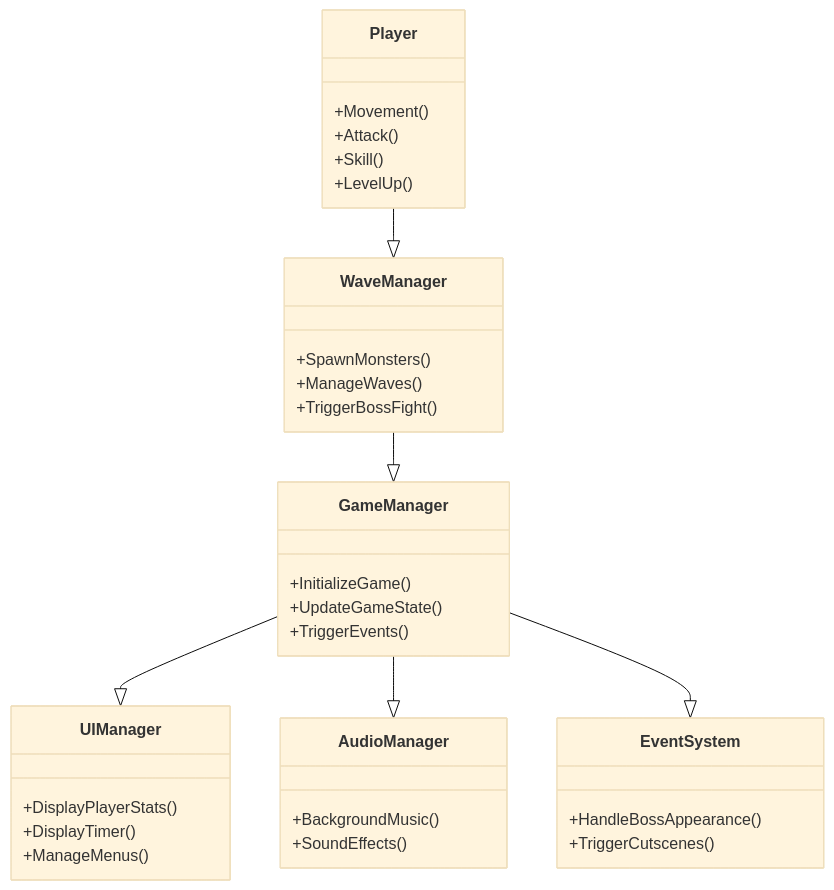
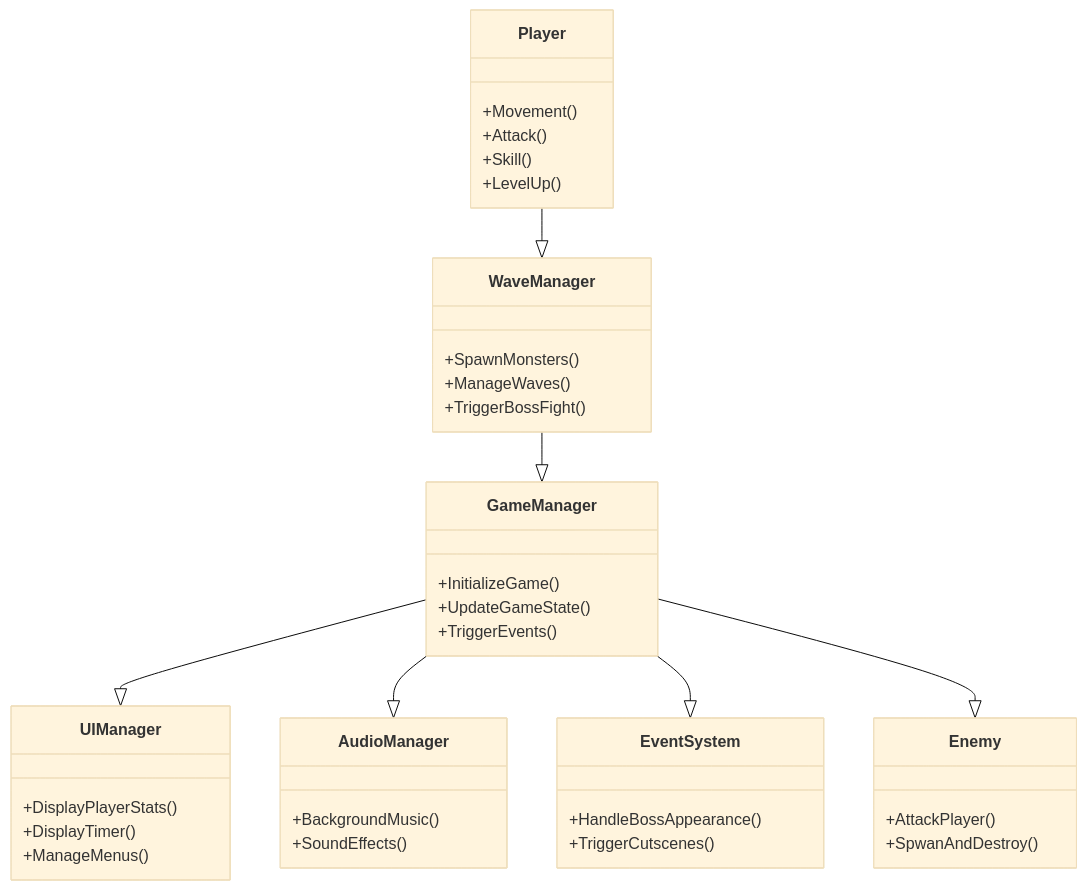
Before and after one commit to Ogamdo/IamTellingMom: the diagram in docs/ClassDiagram.md, drawn with Mermaid (base theme). The commit also changed other lines of this file, not shown here.

First line of the commit message:
enemy 클래스 추가ClassDiagram.md

````diff
--- a/docs/ClassDiagram.md
+++ b/docs/ClassDiagram.md
@@ -1,38 +1,43 @@
 ```mermaid
 classDiagram
     class Player {
         +Movement()
         +Attack()
         +Skill()
         +LevelUp()
     }
     class WaveManager {
         +SpawnMonsters()
         +ManageWaves()
         +TriggerBossFight()
     }
     class GameManager {
         +InitializeGame()
         +UpdateGameState()
         +TriggerEvents()
     }
     class UIManager {
         +DisplayPlayerStats()
         +DisplayTimer()
         +ManageMenus()
     }
     class AudioManager {
         +BackgroundMusic()
         +SoundEffects()
     }
     class EventSystem {
         +HandleBossAppearance()
         +TriggerCutscenes()
     }
+    class Enemy{
+        +AttackPlayer()
+        +SpwanAndDestroy()
+    }
 
     Player --|> WaveManager
     WaveManager --|> GameManager
     GameManager --|> UIManager
     GameManager --|> AudioManager
     GameManager --|> EventSystem
+    GameManager --|> Enemy
 ```
````
